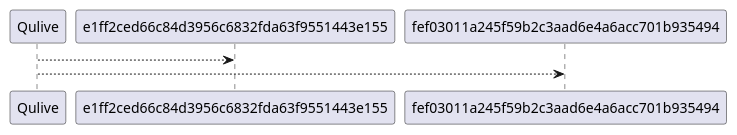
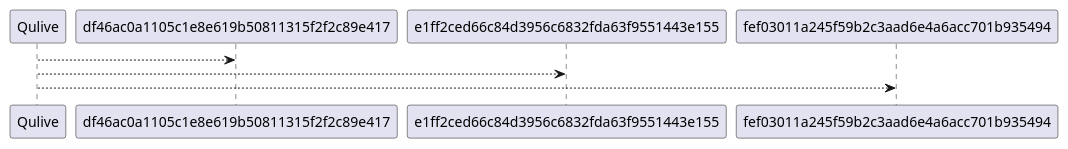
Before and after one commit to Qulive-edu/CM-HW-2-master: the diagram in dependency/commits.puml, drawn with PlantUML. The commit also changed 4 other files, not shown here.

```diff
--- a/dependency/commits.puml
+++ b/dependency/commits.puml
@@ -1,4 +1,5 @@
 @startuml
+"Qulive"-->df46ac0a1105c1e8e619b50811315f2f2c89e417
 "Qulive"-->e1ff2ced66c84d3956c6832fda63f9551443e155
 "Qulive"-->fef03011a245f59b2c3aad6e4a6acc701b935494
 @enduml
```
